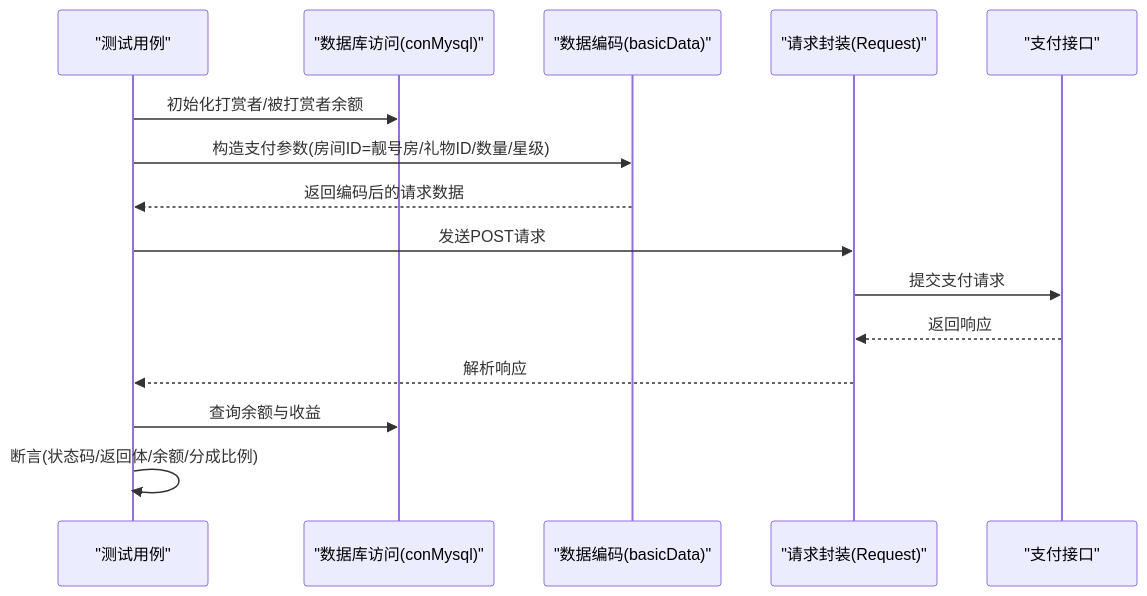
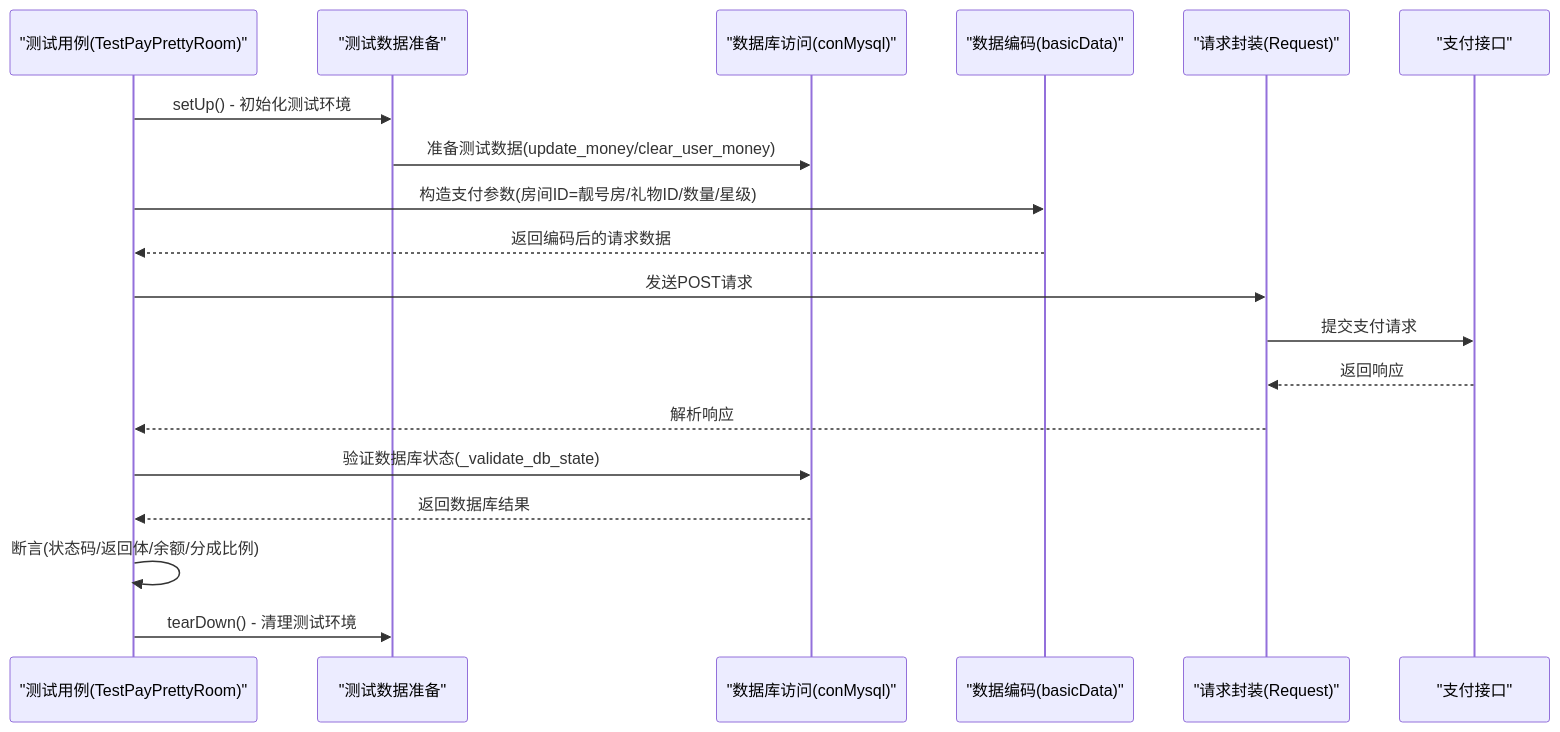
The third of 4 diagrams in .qoder/repowiki/zh/content/支付测试用例/房间支付测试/美颜房支付测试.md (liximing1-ola/qa-payTest), drawn with Mermaid before and after one commit. The commit also changed other lines of this file and 103 other files, not shown here.

````diff
--- a/.qoder/repowiki/zh/content/支付测试用例/房间支付测试/美颜房支付测试.md
+++ b/.qoder/repowiki/zh/content/支付测试用例/房间支付测试/美颜房支付测试.md
@@ -156,17 +177,21 @@
 ```mermaid
 sequenceDiagram
-participant TC as "测试用例"
+participant TC as "测试用例(TestPayPrettyRoom)"
+participant SETUP as "测试数据准备"
 participant DB as "数据库访问(conMysql)"
 participant ENC as "数据编码(basicData)"
 participant REQ as "请求封装(Request)"
 participant API as "支付接口"
-TC->>DB : 初始化打赏者/被打赏者余额
+TC->>SETUP : setUp() - 初始化测试环境
+SETUP->>DB : 准备测试数据(update_money/clear_user_money)
 TC->>ENC : 构造支付参数(房间ID=靓号房/礼物ID/数量/星级)
 ENC-->>TC : 返回编码后的请求数据
 TC->>REQ : 发送POST请求
 REQ->>API : 提交支付请求
 API-->>REQ : 返回响应
 REQ-->>TC : 解析响应
-TC->>DB : 查询余额与收益
+TC->>DB : 验证数据库状态(_validate_db_state)
+DB-->>TC : 返回数据库结果
 TC->>TC : 断言(状态码/返回体/余额/分成比例)
+TC->>SETUP : tearDown() - 清理测试环境
 ```
````
